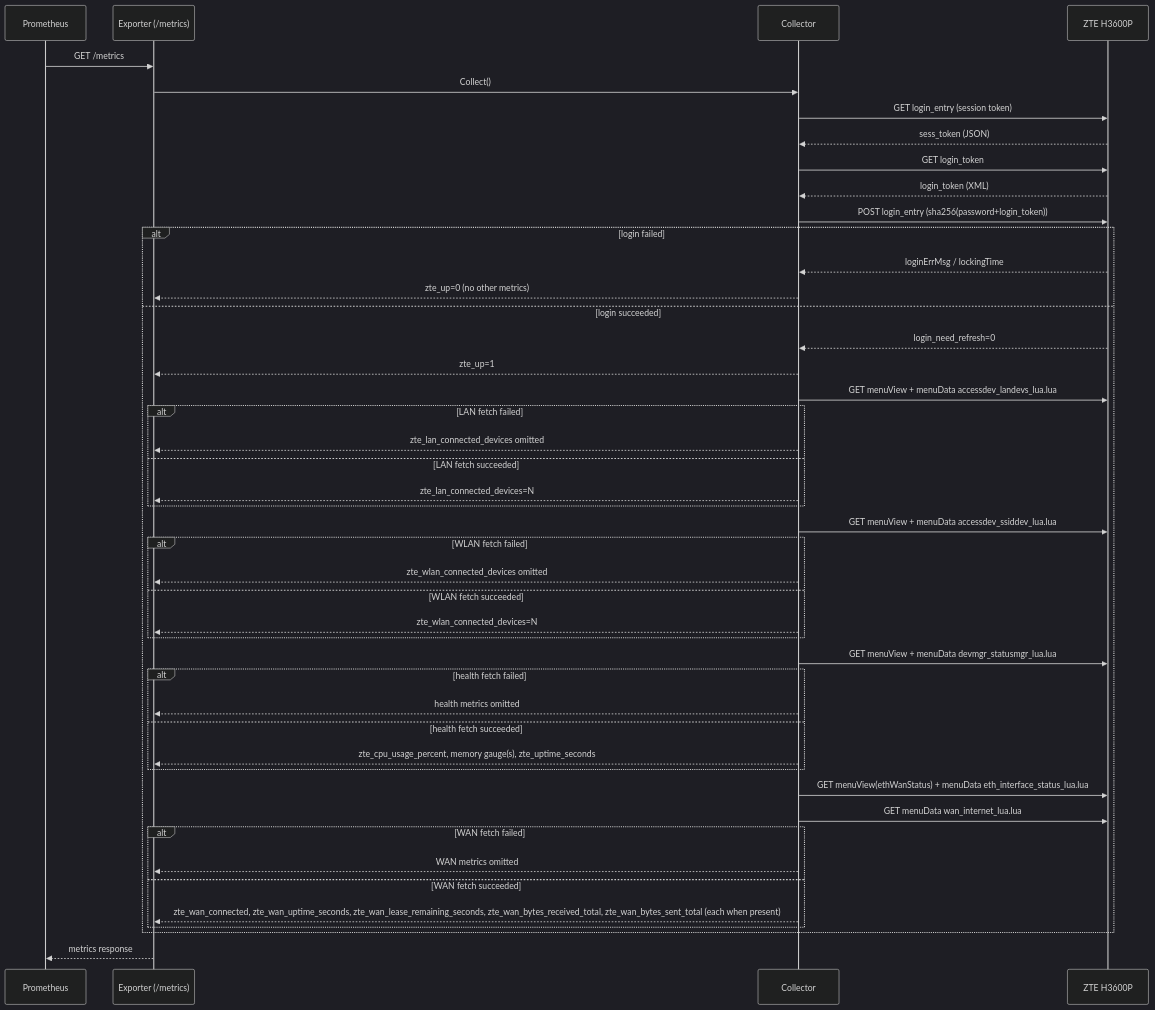
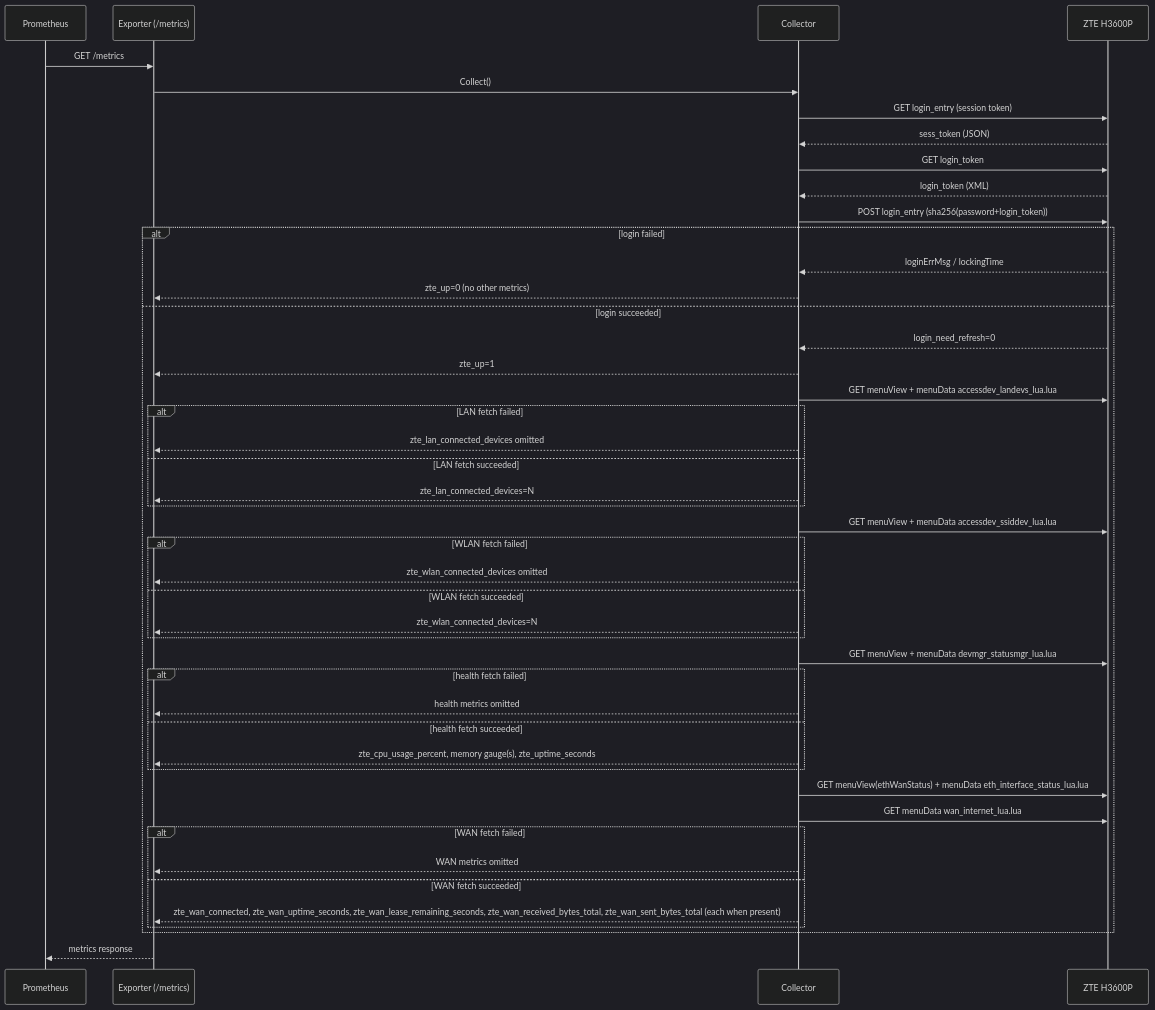
One commit to cristianat98/ZTE-Exporter changed the diagram in docs/flows.md. Above: the diagram before and after it, drawn with Mermaid (dark theme). The commit also changed other lines of this file and 4 other files, not shown here.

First line of the commit message:
fix(collector): rename WAN byte counters to Prometheus convention

````diff
--- a/docs/flows.md
+++ b/docs/flows.md
@@ -8,48 +8,48 @@
 ```mermaid
 sequenceDiagram
     participant Prometheus
     participant Exporter as Exporter (/metrics)
     participant Collector
     participant Router as ZTE H3600P
 
     Prometheus->>Exporter: GET /metrics
     Exporter->>Collector: Collect()
     Collector->>Router: GET login_entry (session token)
     Router-->>Collector: sess_token (JSON)
     Collector->>Router: GET login_token
     Router-->>Collector: login_token (XML)
     Collector->>Router: POST login_entry (sha256(password+login_token))
     alt login failed
         Router-->>Collector: loginErrMsg / lockingTime
         Collector-->>Exporter: zte_up=0 (no other metrics)
     else login succeeded
         Router-->>Collector: login_need_refresh=0
         Collector-->>Exporter: zte_up=1
         Collector->>Router: GET menuView + menuData accessdev_landevs_lua.lua
         alt LAN fetch failed
             Collector-->>Exporter: zte_lan_connected_devices omitted
         else LAN fetch succeeded
             Collector-->>Exporter: zte_lan_connected_devices=N
         end
         Collector->>Router: GET menuView + menuData accessdev_ssiddev_lua.lua
         alt WLAN fetch failed
             Collector-->>Exporter: zte_wlan_connected_devices omitted
         else WLAN fetch succeeded
             Collector-->>Exporter: zte_wlan_connected_devices=N
         end
         Collector->>Router: GET menuView + menuData devmgr_statusmgr_lua.lua
         alt health fetch failed
             Collector-->>Exporter: health metrics omitted
         else health fetch succeeded
             Collector-->>Exporter: zte_cpu_usage_percent, memory gauge(s), zte_uptime_seconds
         end
         Collector->>Router: GET menuView(ethWanStatus) + menuData eth_interface_status_lua.lua
         Collector->>Router: GET menuData wan_internet_lua.lua
         alt WAN fetch failed
             Collector-->>Exporter: WAN metrics omitted
         else WAN fetch succeeded
-            Collector-->>Exporter: zte_wan_connected, zte_wan_uptime_seconds, zte_wan_lease_remaining_seconds, zte_wan_bytes_received_total, zte_wan_bytes_sent_total (each when present)
+            Collector-->>Exporter: zte_wan_connected, zte_wan_uptime_seconds, zte_wan_lease_remaining_seconds, zte_wan_received_bytes_total, zte_wan_sent_bytes_total (each when present)
         end
     end
     Exporter-->>Prometheus: metrics response
 ```
````
